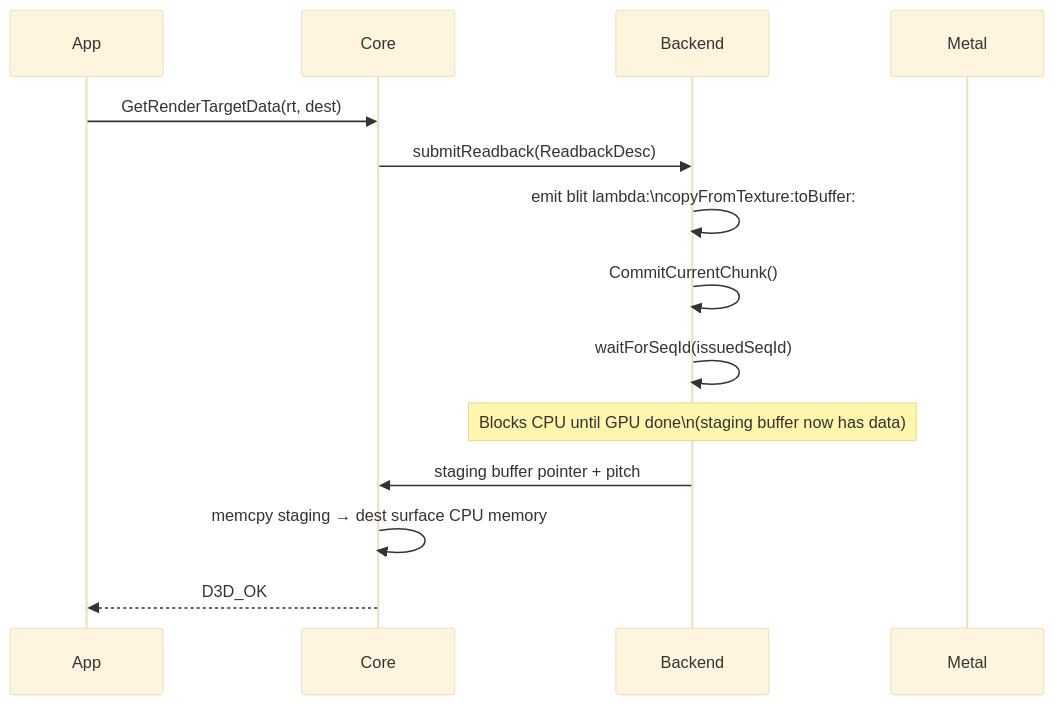
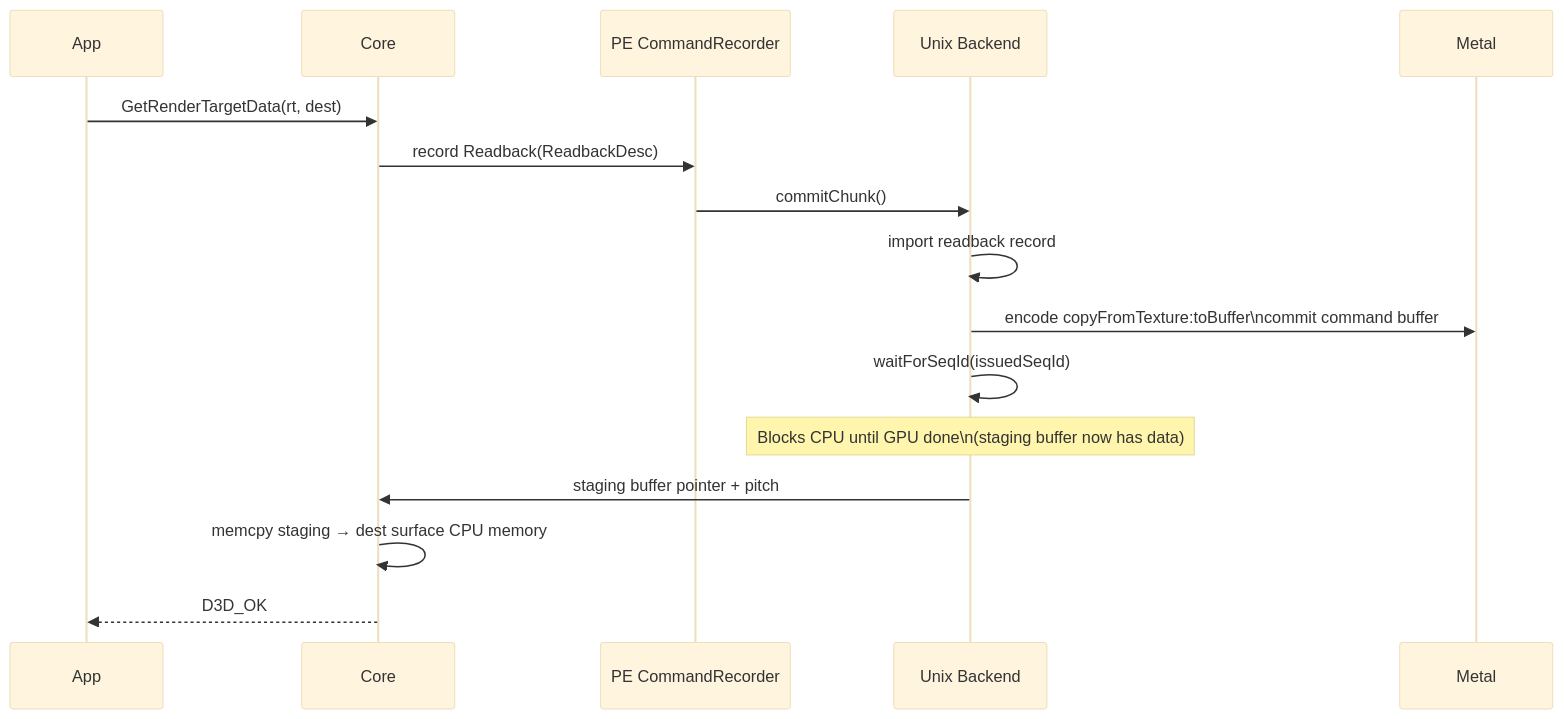
Before and after one commit to dfdgsdfg/dxmt9: the second of 3 diagrams in specs/backend/surface-ops.md, drawn with Mermaid (base theme). The commit also changed other lines of this file and 15 other files, not shown here.

````diff
--- a/specs/backend/surface-ops.md
+++ b/specs/backend/surface-ops.md
@@ -86,20 +88,22 @@
 ```mermaid
 sequenceDiagram
     participant App
     participant Core
-    participant B as Backend
+    participant Rec as PE CommandRecorder
+    participant B as Unix Backend
     participant MTL as Metal
 
     App->>Core: GetRenderTargetData(rt, dest)
-    Core->>B: submitReadback(ReadbackDesc)
+    Core->>Rec: record Readback(ReadbackDesc)
 
-    B->>B: emit blit lambda:\ncopyFromTexture:toBuffer:
+    Rec->>B: commitChunk()
+    B->>B: import readback record
+    B->>MTL: encode copyFromTexture:toBuffer\ncommit command buffer
 
-    B->>B: CommitCurrentChunk()
     B->>B: waitForSeqId(issuedSeqId)
     Note over B: Blocks CPU until GPU done\n(staging buffer now has data)
 
     B->>Core: staging buffer pointer + pitch
     Core->>Core: memcpy staging → dest surface CPU memory
     Core-->>App: D3D_OK
 ```
````
